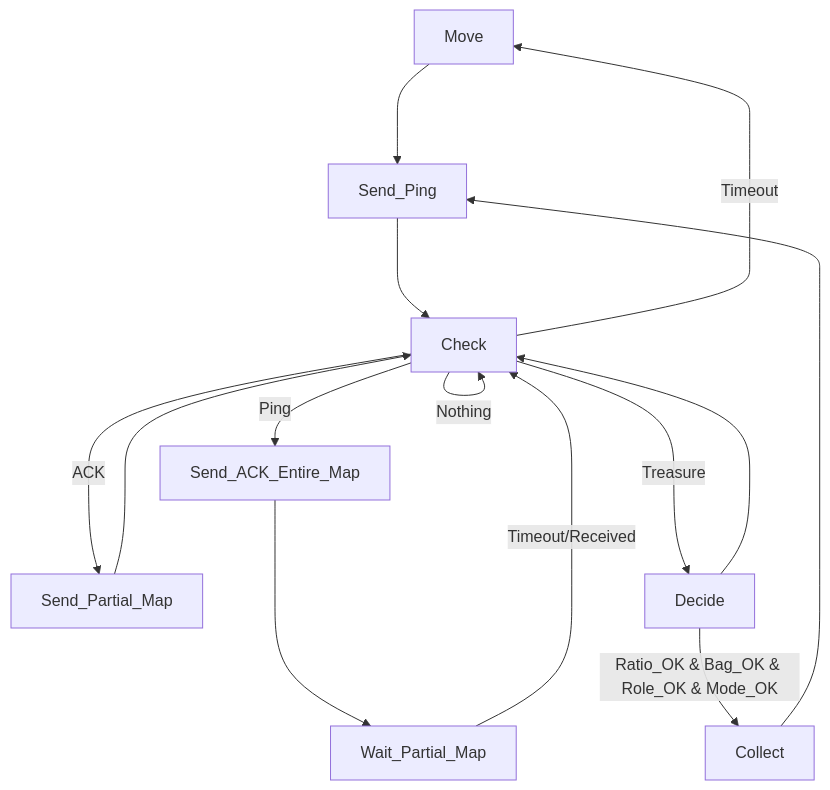
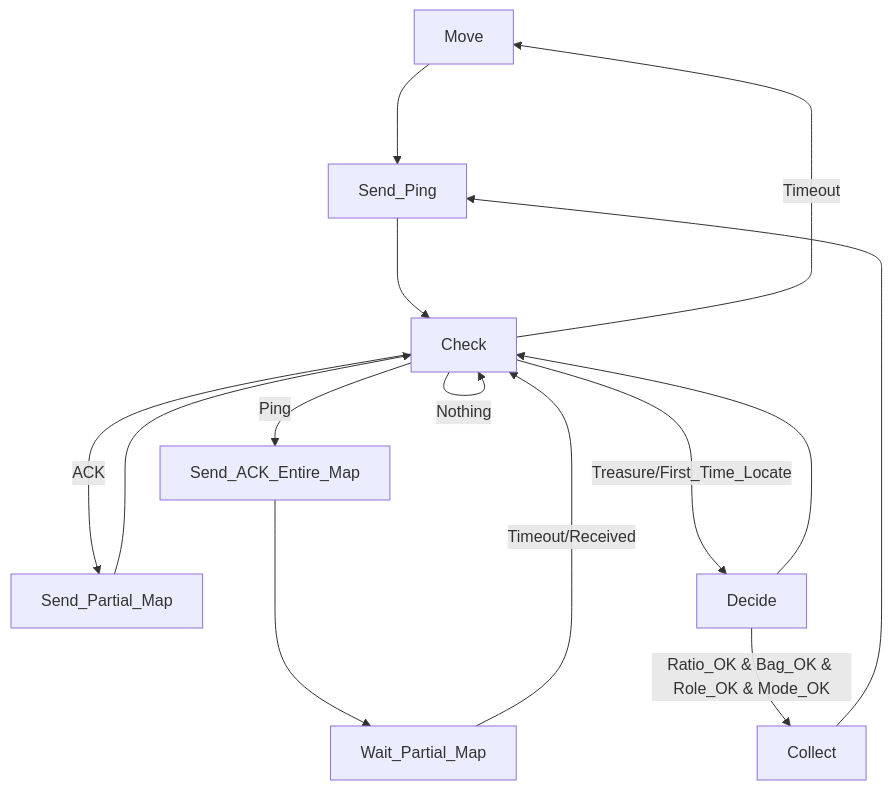
The second of 2 diagrams in FSM.md (MRVNY/Fosyma), drawn with Mermaid before and after one commit. The commit also changed other lines of this file and 4 other files, not shown here.

````diff
--- a/FSM.md
+++ b/FSM.md
@@ -20,23 +20,23 @@
 ```mermaid
 graph
 
 Move ---> Send_Ping
 
 Send_Ping ---> Check
 
 Check --Ping--> Send_ACK_Entire_Map
 Check --ACK--> Send_Partial_Map
-Check --Treasure--> Decide
+Check --Treasure/First_Time_Locate--> Decide
 Check --Nothing--> Check
 Check --Timeout--> Move
 
 Send_Partial_Map ---> Check
 
 Send_ACK_Entire_Map ---> Wait_Partial_Map
 Wait_Partial_Map --Timeout/Received--> Check
 
 Decide ---> Check
 Decide --Ratio_OK & Bag_OK & Role_OK & Mode_OK--> Collect
 
 Collect ---> Send_Ping
 ```
````
